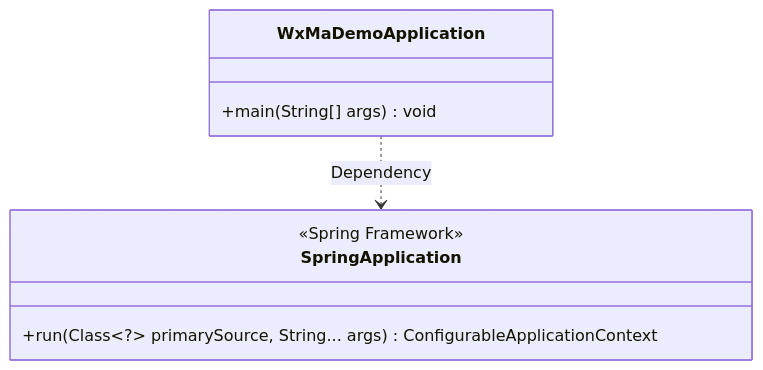
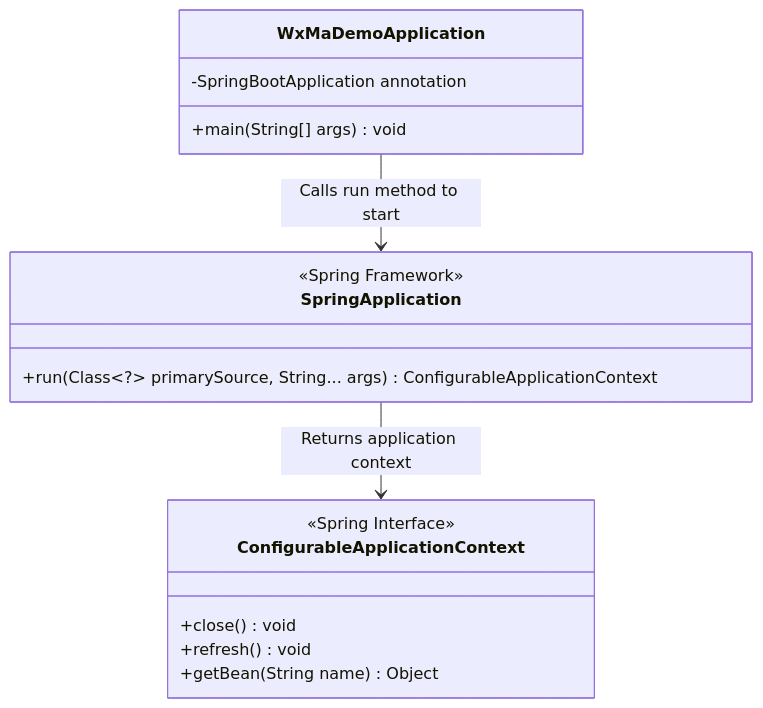
The first of 2 diagrams in docs/en/docs/src/main/java/com/github/binarywang/demo/wx/miniapp/WxMaDemoApplication.md (v-wjrong/imrrong_weixin-java-miniapp-demo), drawn with Mermaid before and after one commit. The commit also changed other lines of this file and 51 other files, not shown here.

````diff
--- a/docs/en/docs/src/main/java/com/github/binarywang/demo/wx/miniapp/WxMaDemoApplication.md
+++ b/docs/en/docs/src/main/java/com/github/binarywang/demo/wx/miniapp/WxMaDemoApplication.md
@@ -36,11 +36,22 @@
 ```mermaid
 classDiagram
     class WxMaDemoApplication {
         +main(String[] args) void
+        -SpringBootApplication annotation
     }
-    WxMaDemoApplication ..> SpringApplication : Dependency
+    
     class SpringApplication {
         <<Spring Framework>>
         +run(Class~?~ primarySource, String... args) ConfigurableApplicationContext
     }
+    
+    class ConfigurableApplicationContext {
+        <<Spring Interface>>
+        +close() void
+        +refresh() void
+        +getBean(String name) Object
+    }
+    
+    WxMaDemoApplication --> SpringApplication : Calls run method to start
+    SpringApplication --> ConfigurableApplicationContext : Returns application context
 ```
````
